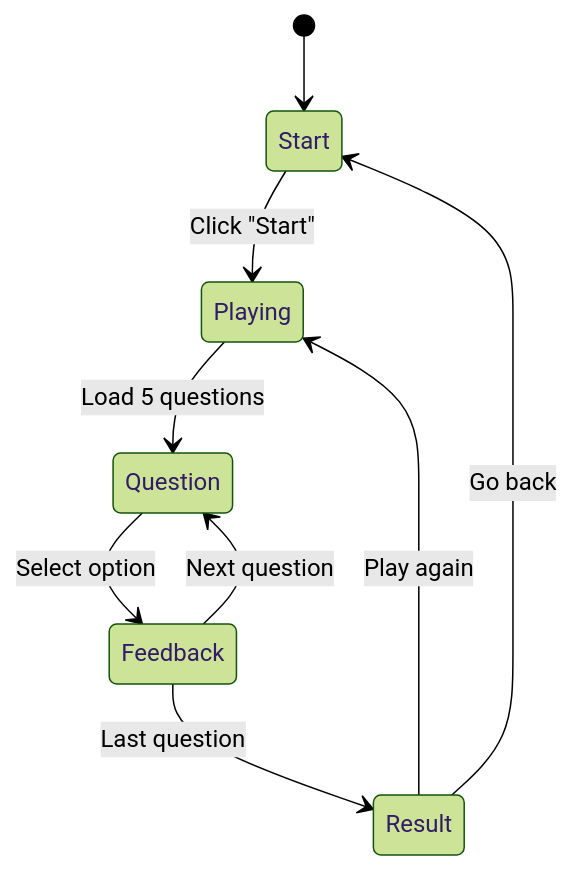
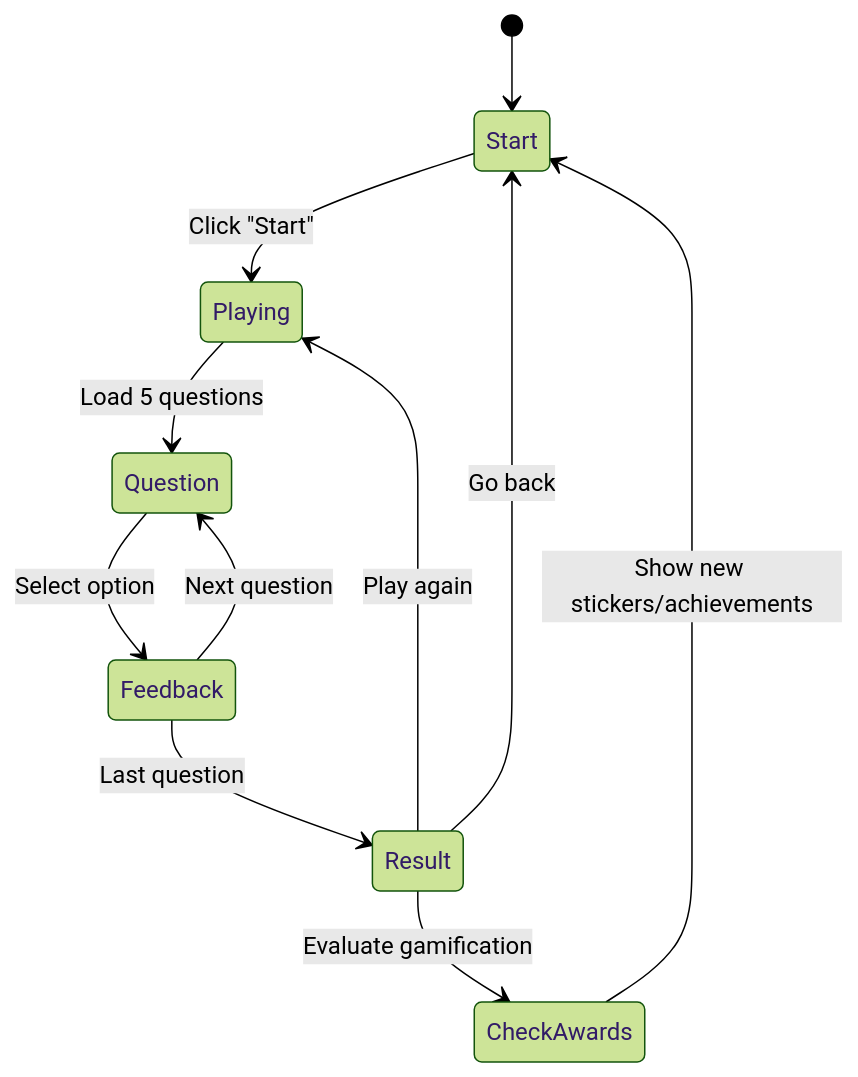
The third of 5 diagrams in docs/en/05-user-flows.md (durdy48/SportyKids), drawn with Mermaid (forest theme) before and after one commit. The commit also changed other lines of this file and 22 other files, not shown here.

````diff
--- a/docs/en/05-user-flows.md
+++ b/docs/en/05-user-flows.md
@@ -90,11 +117,13 @@
 ```mermaid
 stateDiagram-v2
     [*] --> Start
     Start --> Playing: Click "Start"
     Playing --> Question: Load 5 questions
     Question --> Feedback: Select option
     Feedback --> Question: Next question
     Feedback --> Result: Last question
     Result --> Start: Go back
     Result --> Playing: Play again
+    Result --> CheckAwards: Evaluate gamification
+    CheckAwards --> Start: Show new stickers/achievements
 ```
````
